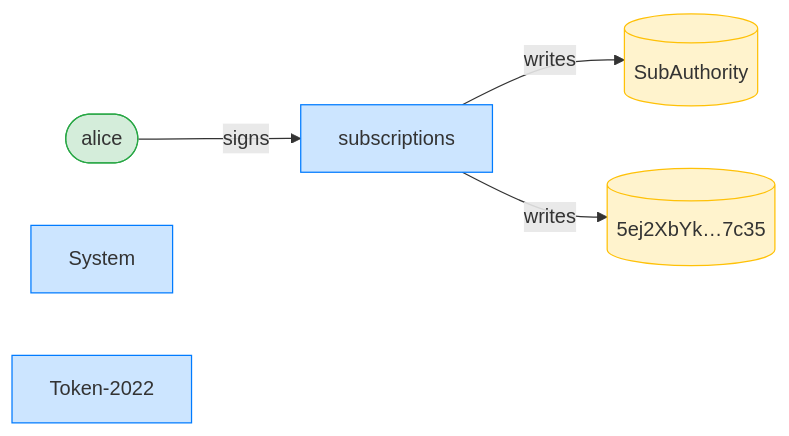
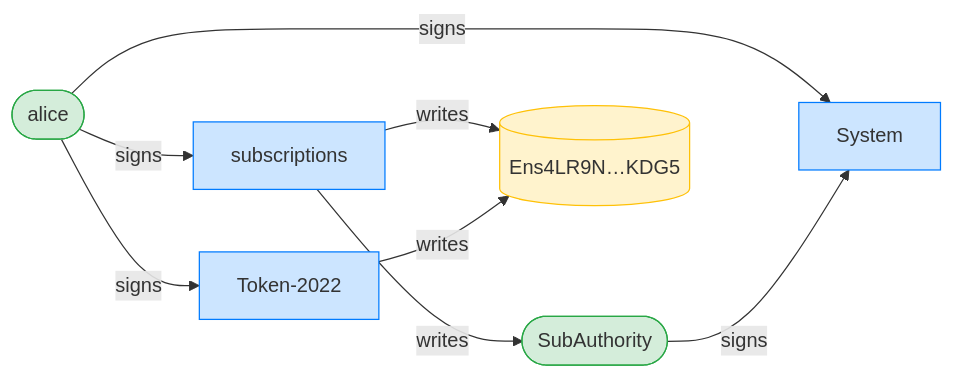
The third of 4 diagrams in dsl_tests/allow-an-active-transfer-hook.md (cds-rs/subscriptions), drawn with Mermaid before and after one commit. The commit also changed other lines of this file and 224 other files, not shown here.

````diff
--- a/dsl_tests/allow-an-active-transfer-hook.md
+++ b/dsl_tests/allow-an-active-transfer-hook.md
@@ -55,15 +56,19 @@
 ```mermaid
 flowchart LR
     classDef signer fill:#d4edda,stroke:#28a745;
     classDef program fill:#cce5ff,stroke:#007bff;
     classDef writable fill:#fff3cd,stroke:#ffc107;
     subscriptions[subscriptions]:::program
     alice([alice]):::signer
-    SubAuthority[(SubAuthority)]:::writable
-    5ej2XbYk_7c35[("5ej2XbYk…7c35")]:::writable
+    SubAuthority([SubAuthority]):::signer
+    Ens4LR9N_KDG5[("Ens4LR9N…KDG5")]:::writable
     System[System]:::program
     Token_2022["Token-2022"]:::program
     alice -->|signs| subscriptions
+    alice -->|signs| System
+    SubAuthority -->|signs| System
+    alice -->|signs| Token_2022
     subscriptions -->|writes| SubAuthority
-    subscriptions -->|writes| 5ej2XbYk_7c35
+    subscriptions -->|writes| Ens4LR9N_KDG5
+    Token_2022 -->|writes| Ens4LR9N_KDG5
 ```
````
